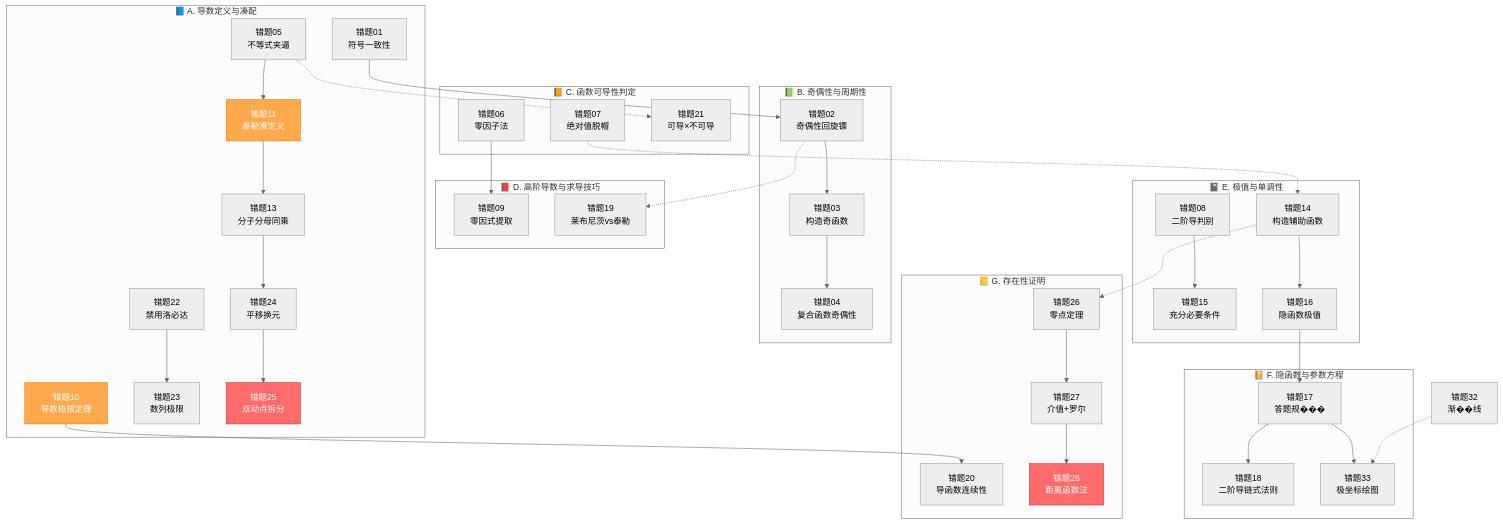
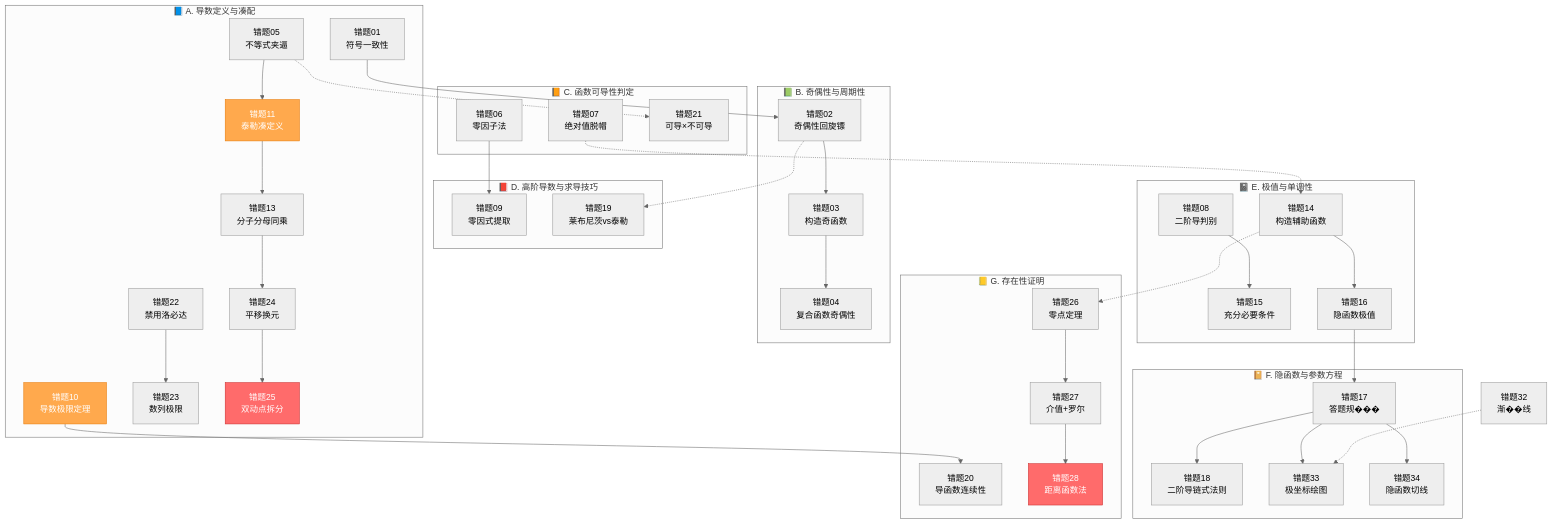
One commit to Treasoni/kaoyan changed the diagram in 考研数学/高数-一元微分学/错题本.md. Above: the diagram before and after it, drawn with Mermaid (neutral theme). The commit also changed other lines of this file and 3 other files, not shown here.

```diff
--- a/考研数学/高数-一元微分学/错题本.md
+++ b/考研数学/高数-一元微分学/错题本.md
@@ -102,6 +103,7 @@
         F1[错题17<br/>答题规���]
         F2[错题18<br/>二阶导链式法则]
         F3[错题33<br/>极坐标绘图]
+        F4[错题34<br/>隐函数切线]
     end
 
     subgraph G["📒 G. 存在性证明"]
@@ -127,6 +129,7 @@
     F1 --> F2
     E4 --> F1
     F1 --> F3
+    F1 --> F4
     G2 --> G3
     G3 --> G4
 
```
